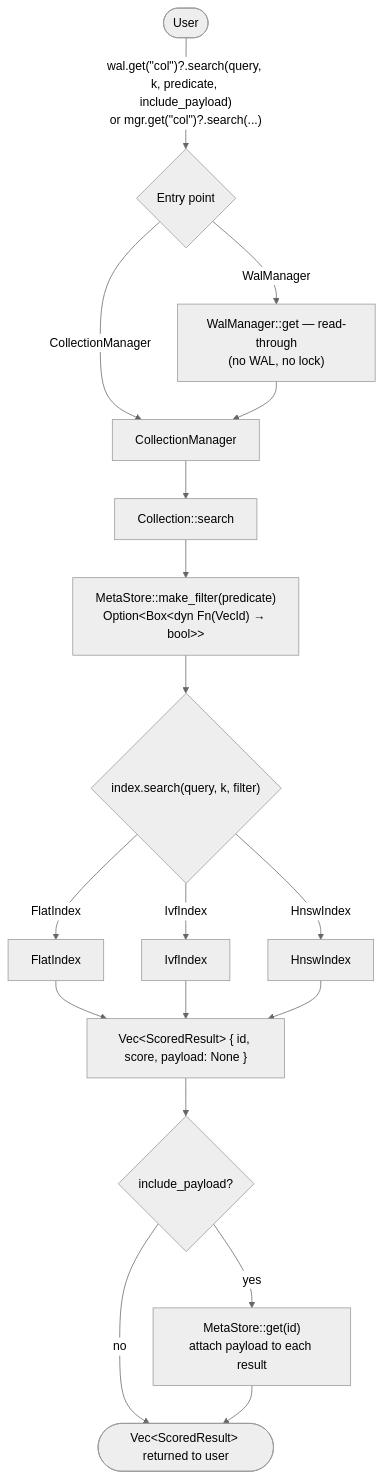
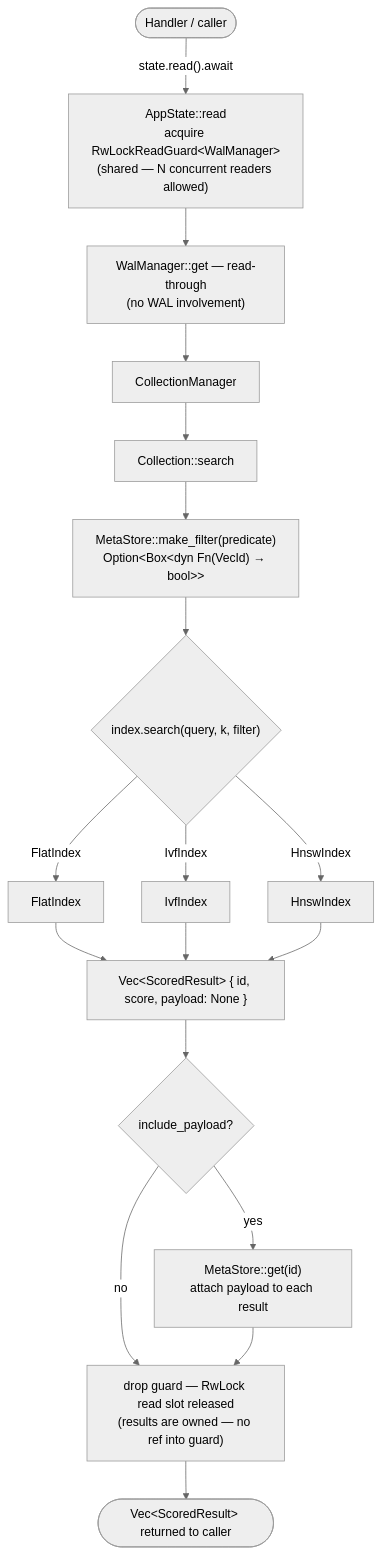
One commit to PhVHoang/likhadb changed the first of 7 diagrams in README.md. Above: the diagram before and after it, drawn with Mermaid (neutral theme). The commit also changed other lines of this file and 5 other files, not shown here.

Commit message:
implement C1 - shared state on top of WAL Manager

````diff
--- a/README.md
+++ b/README.md
@@ -32,18 +34,18 @@
 ```mermaid
 flowchart TD
-    U([User]) -->|"wal.get(&quot;col&quot;)?.search(query, k, predicate, include_payload)\nor mgr.get(&quot;col&quot;)?.search(...)"| EP{Entry point}
-    EP -->|WalManager| WAL_RD["WalManager::get — read-through\n(no WAL, no lock)"]
-    EP -->|CollectionManager| CM[CollectionManager]
-    WAL_RD --> CM
+    U(["Handler / caller"]) -->|"state.read().await"| LOCK["AppState::read\nacquire RwLockReadGuard&lt;WalManager&gt;\n(shared — N concurrent readers allowed)"]
+    LOCK --> WAL_RD["WalManager::get — read-through\n(no WAL involvement)"]
+    WAL_RD --> CM[CollectionManager]
     CM --> C[Collection::search]
     C --> MF["MetaStore::make_filter(predicate)\nOption&lt;Box&lt;dyn Fn(VecId) → bool&gt;&gt;"]
     MF --> IDX{"index.search(query, k, filter)"}
     IDX -->|FlatIndex| FL[FlatIndex]
     IDX -->|IvfIndex| IV[IvfIndex]
     IDX -->|HnswIndex| HN[HnswIndex]
     FL & IV & HN --> RES["Vec&lt;ScoredResult&gt; { id, score, payload: None }"]
     RES --> PL{"include_payload?"}
     PL -->|yes| META["MetaStore::get(id)\nattach payload to each result"]
-    PL -->|no| OUT
-    META --> OUT([Vec&lt;ScoredResult&gt; returned to user])
+    PL -->|no| DROP
+    META --> DROP["drop guard — RwLock read slot released\n(results are owned — no ref into guard)"]
+    DROP --> OUT(["Vec&lt;ScoredResult&gt; returned to caller"])
 ```
````
